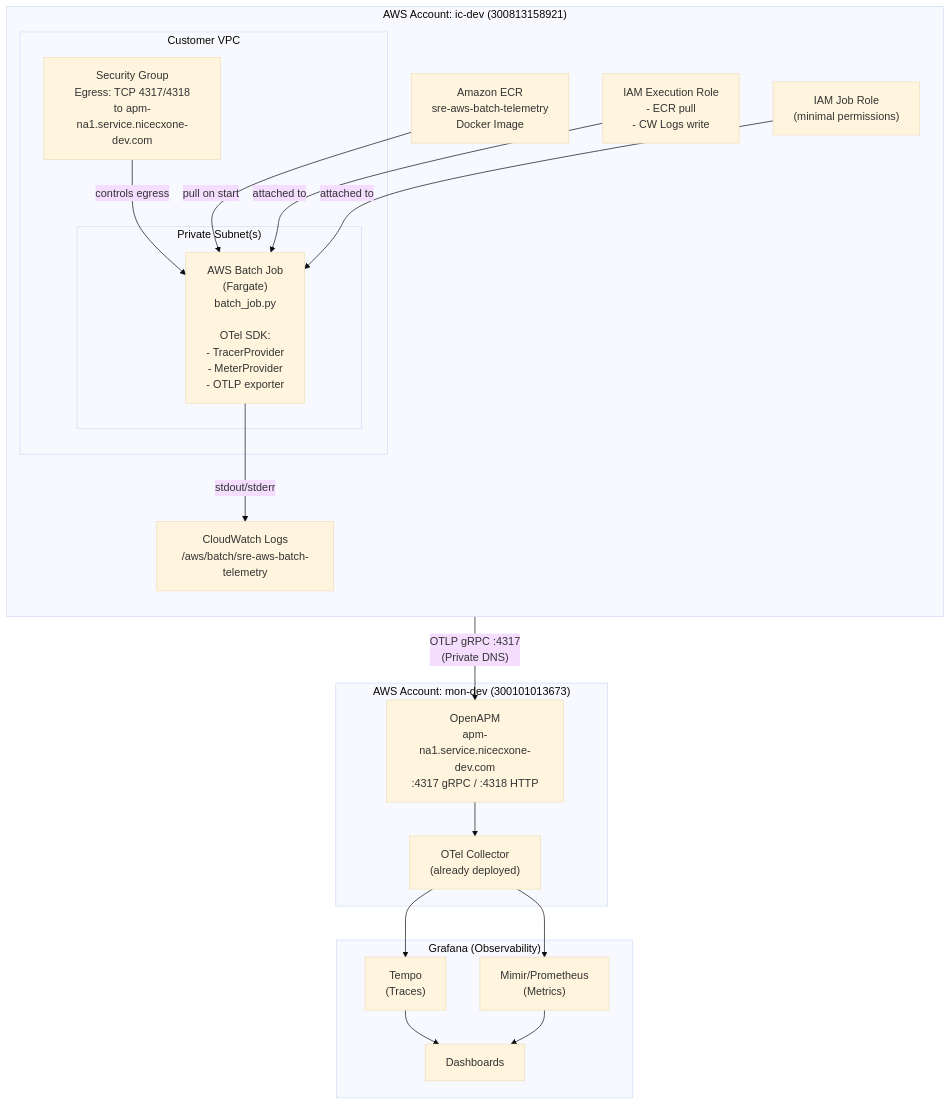
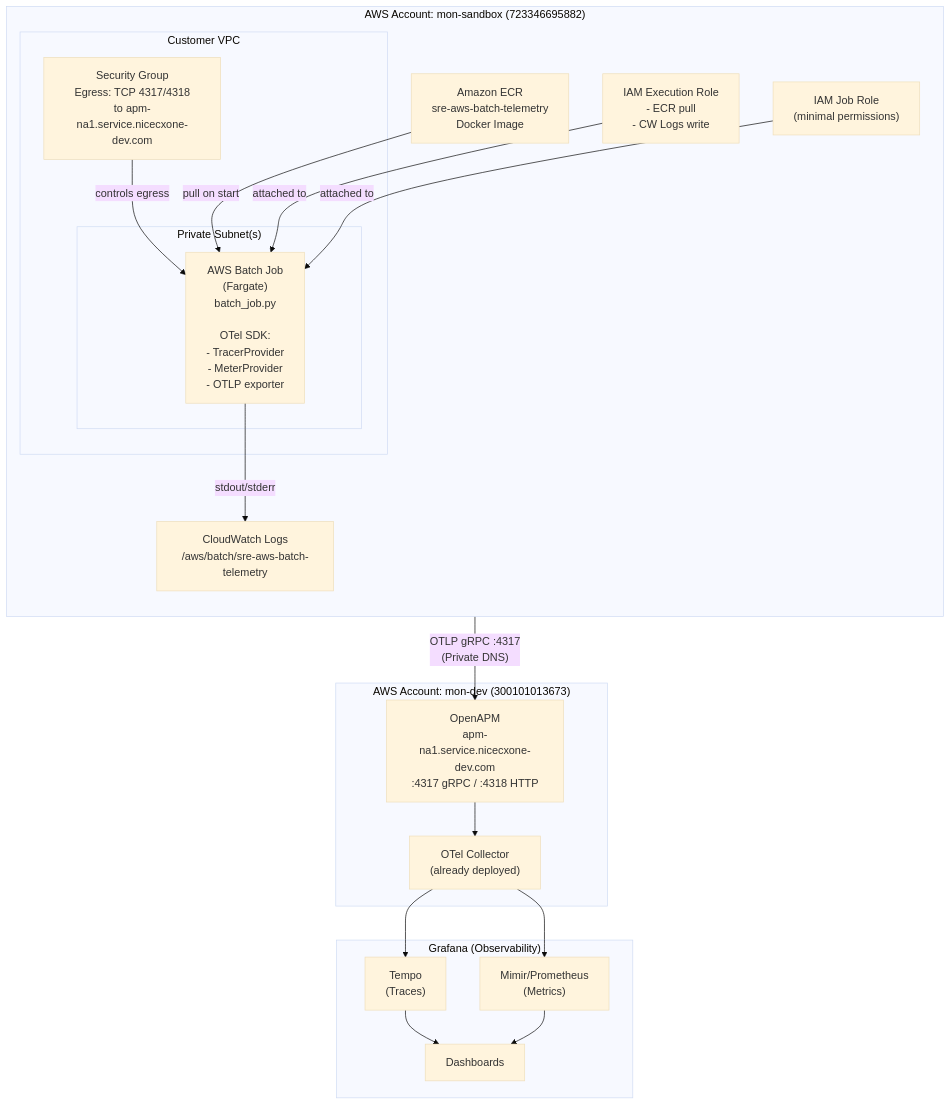
The diagram in docs/architecture.md (npawar-incontact01/sre-aws-batch-telemetry-openapm), drawn with Mermaid (base theme) before and after one commit. The commit also changed other lines of this file and 13 other files, not shown here.

````diff
--- a/docs/architecture.md
+++ b/docs/architecture.md
@@ -11,39 +11,39 @@
 ```mermaid
 graph TB
-    subgraph ic-dev["AWS Account: ic-dev (300813158921)"]
+    subgraph mon-sandbox["AWS Account: mon-sandbox (723346695882)"]
         direction TB
         subgraph VPC["Customer VPC"]
             subgraph PrivateSubnet["Private Subnet(s)"]
                 BJ["AWS Batch Job\n(Fargate)\nbatch_job.py\n\nOTel SDK:\n- TracerProvider\n- MeterProvider\n- OTLP exporter"]
             end
             SG["Security Group\nEgress: TCP 4317/4318\nto apm-na1.service.nicecxone-dev.com"]
         end
         ECR["Amazon ECR\nsre-aws-batch-telemetry\nDocker Image"]
         CW["CloudWatch Logs\n/aws/batch/sre-aws-batch-telemetry"]
         IAM_EXEC["IAM Execution Role\n- ECR pull\n- CW Logs write"]
         IAM_JOB["IAM Job Role\n(minimal permissions)"]
     end
 
     subgraph mon-dev["AWS Account: mon-dev (300101013673)"]
         OC["OTel Collector\n(already deployed)"]
         APM["OpenAPM\napm-na1.service.nicecxone-dev.com\n:4317 gRPC / :4318 HTTP"]
     end
 
     subgraph Grafana["Grafana (Observability)"]
         Tempo["Tempo\n(Traces)"]
         Mimir["Mimir/Prometheus\n(Metrics)"]
         Dashboard["Dashboards"]
     end
 
     ECR -->|"pull on start"| BJ
     BJ -->|"stdout/stderr"| CW
     IAM_EXEC -->|"attached to"| BJ
     IAM_JOB -->|"attached to"| BJ
     SG -->|"controls egress"| BJ
     BJ -->|"OTLP gRPC :4317\n(Private DNS)"| APM
     APM --> OC
     OC --> Tempo
     OC --> Mimir
     Tempo --> Dashboard
     Mimir --> Dashboard
 ```
````
